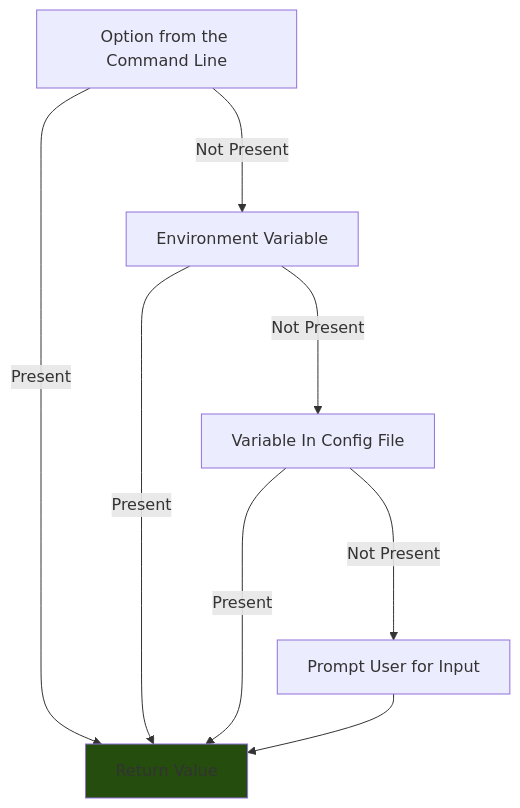
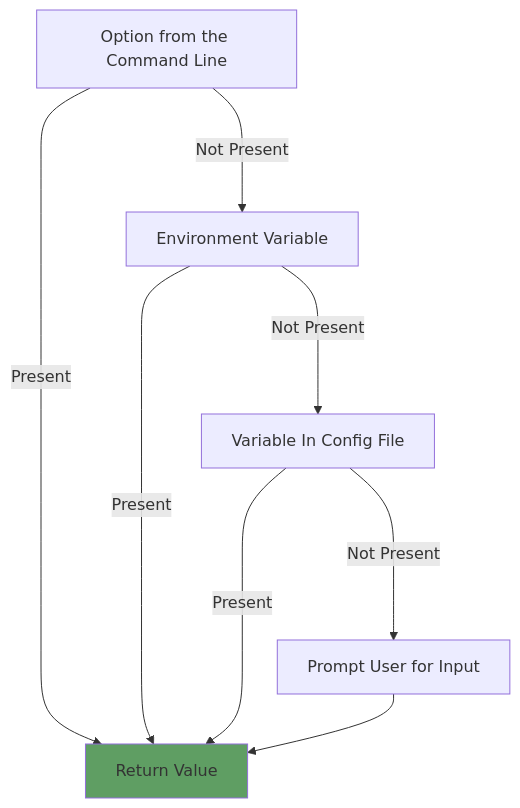
The diagram in Readme.md (aexol-studio/config-maker), drawn with Mermaid before and after one commit.

Commit message:
Redesign Readme.md

````diff
--- a/Readme.md
+++ b/Readme.md
@@ -18,12 +18,12 @@
 ```mermaid
 flowchart TD
     A[Option from the Command Line] --Present--> R[Return Value]
     A --Not Present--->
     D[Environment Variable] --Present--> R
     D --Not Present--->
     E[Variable In Config File] --Present-->   R
     E --Not Present--->
     F[Prompt User for Input] --> R
 
-    style R fill:#244d0e
+    style R fill:#5F9E63
 ```
````
